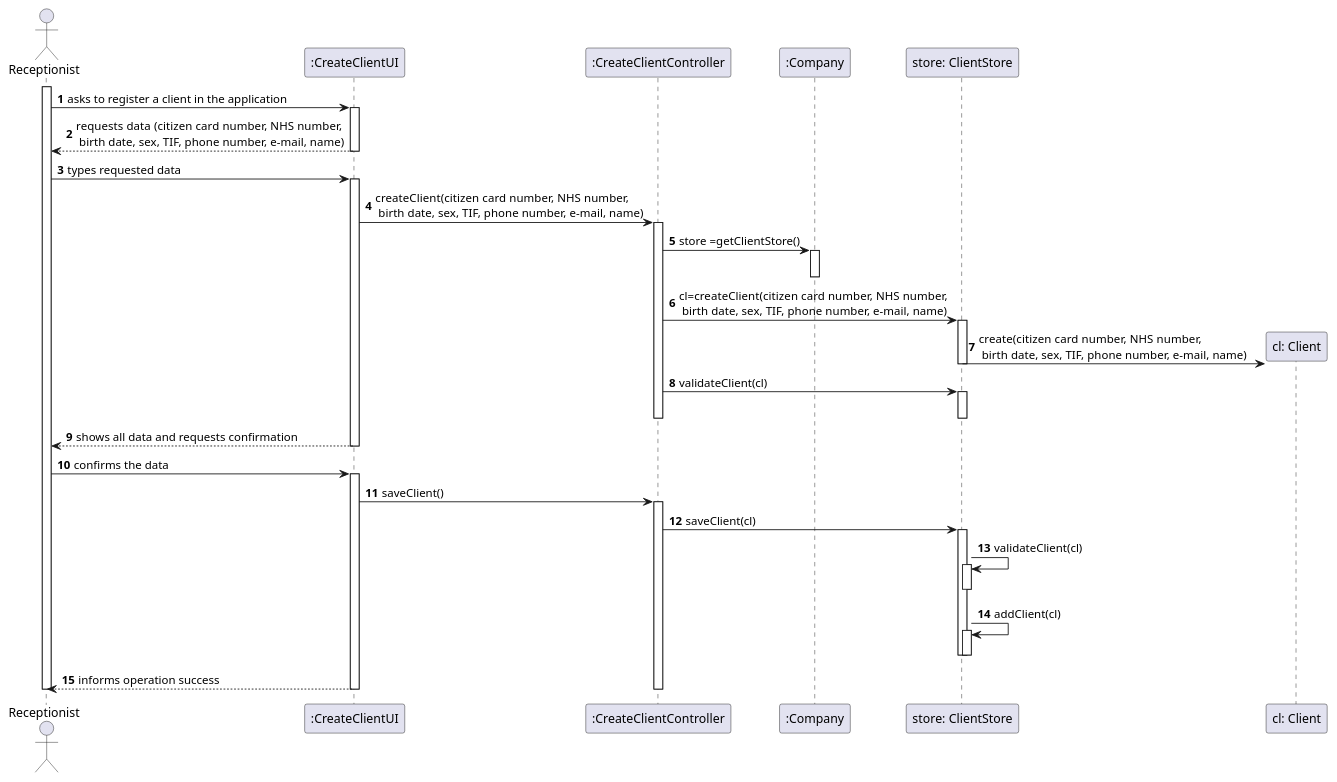
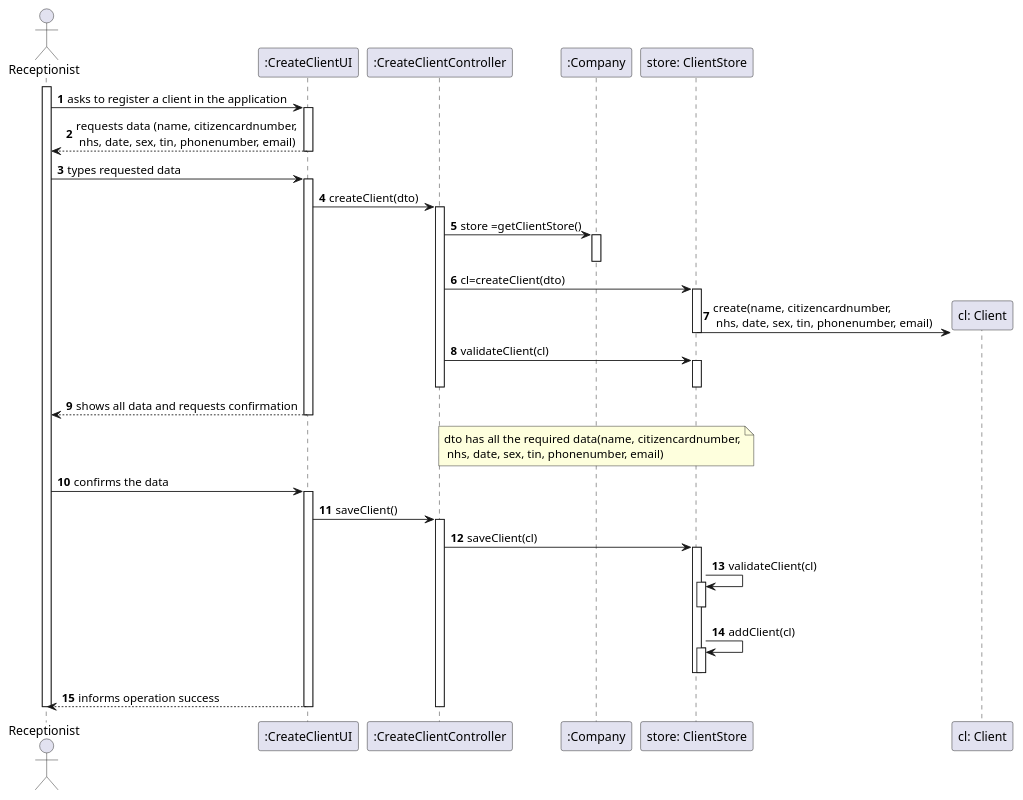
One commit to manu-07-ela/LAPR2_ISEP changed the diagram in docs/SprintB/US03/US3_SD.puml. Above: the diagram before and after it, drawn with PlantUML. The commit also changed 4 other files, not shown here.

Commit message:
US03 - Some updates, Create class client

```diff
--- a/docs/SprintB/US03/US3_SD.puml
+++ b/docs/SprintB/US03/US3_SD.puml
@@ -1,65 +1,66 @@
 @startuml
 autonumber
 'hide footbox
 actor "Receptionist" as REP
 
 participant ":CreateClientUI" as UI
 participant ":CreateClientController" as CTRL
 participant ":Company" as COMP
 participant "store: ClientStore" as CS
 participant "cl: Client" as CL
 
 activate REP
 REP -> UI : asks to register a client in the application
 activate UI
-UI --> REP : requests data (citizen card number, NHS number,\n birth date, sex, TIF, phone number, e-mail, name)
+UI --> REP : requests data (name, citizencardnumber,\n nhs, date, sex, tin, phonenumber, email)
 deactivate UI
 
 REP -> UI : types requested data
 activate UI
 
-UI -> CTRL : createClient(citizen card number, NHS number,\n birth date, sex, TIF, phone number, e-mail, name)
+UI -> CTRL : createClient(dto)
 activate CTRL
 
 CTRL -> COMP : store =getClientStore()
 activate COMP
 deactivate COMP
 
-CTRL -> CS : cl=createClient(citizen card number, NHS number,\n birth date, sex, TIF, phone number, e-mail, name)
+CTRL -> CS : cl=createClient(dto)
 activate CS
 
-CS -> CL** : create(citizen card number, NHS number,\n birth date, sex, TIF, phone number, e-mail, name)
+CS -> CL** : create(name, citizencardnumber,\n nhs, date, sex, tin, phonenumber, email)
 deactivate CS
 CTRL -> CS : validateClient(cl)
 activate CS
 deactivate CS
 deactivate CTRL
 
 UI --> REP : shows all data and requests confirmation
 deactivate COMP
 deactivate UI
+note over COMP: dto has all the required data(name, citizencardnumber,\n nhs, date, sex, tin, phonenumber, email)
 
 REP -> UI : confirms the data
 activate UI
 UI -> CTRL : saveClient()
 activate CTRL
 
 CTRL -> CS : saveClient(cl)
 activate CS
 
 CS -> CS: validateClient(cl)
 activate CS
 deactivate CS
 CS -> CS: addClient(cl)
 activate CS
 deactivate CS
 deactivate CS
 
 UI --> REP : informs operation success
 deactivate COMP
 deactivate CTRL
 deactivate UI
 
 deactivate REP
 
 @enduml
```
